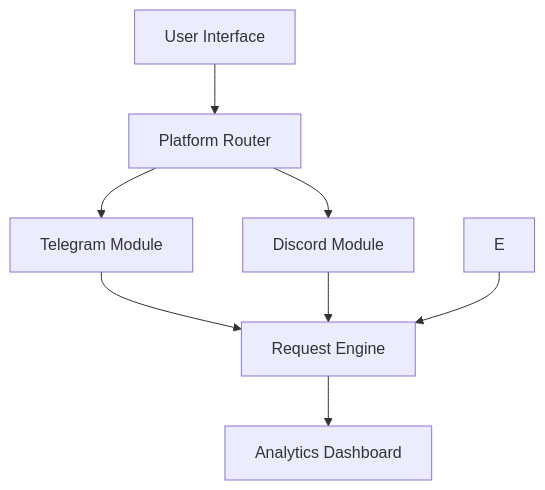
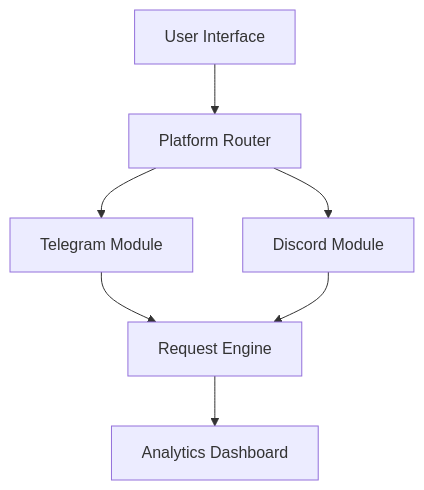
Before and after one commit to V3XZz/VxzSpammer: the diagram in README.md, drawn with Mermaid.

````diff
--- a/README.md
+++ b/README.md
@@ -111,10 +111,9 @@
 ```mermaid
 graph TD
     A[User Interface] --> B[Platform Router]
     B --> C[Telegram Module]
     B --> D[Discord Module]
     C --> F[Request Engine]
     D --> F
-    E --> F
     F --> G[Analytics Dashboard]
 ```
````
